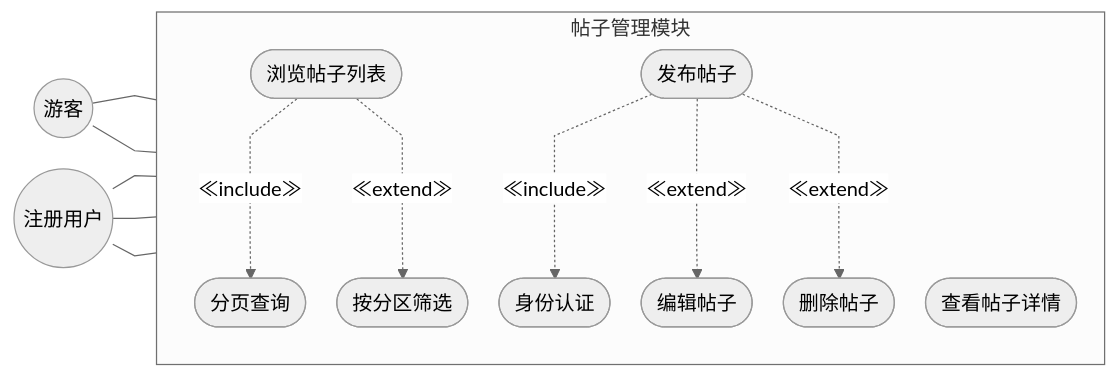
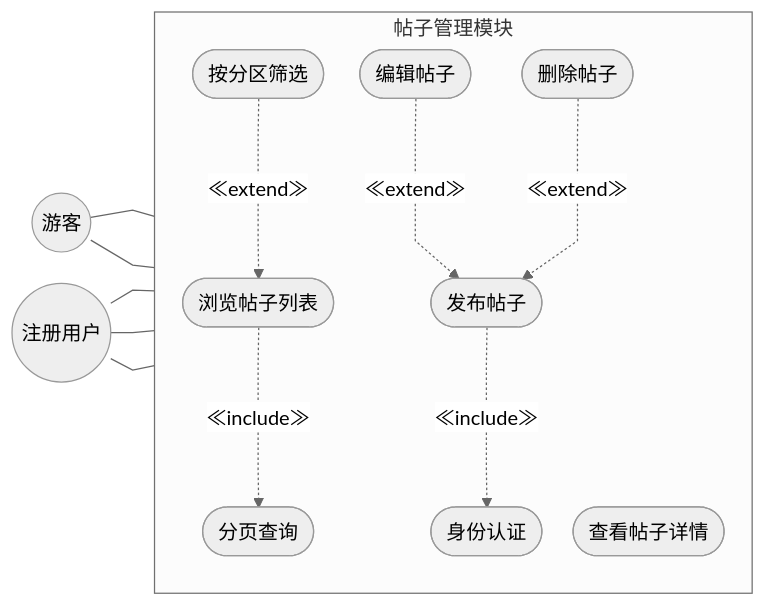
One commit to Wkjlovec/graduation_project_zhuang changed the diagram in docs/diagrams/fig3-3-post-usecase.mmd. Above: the diagram before and after it, drawn with Mermaid. The commit also changed 11 other files, not shown here.

Commit message:
docs: 修正全部用例图extend箭头方向(从扩展用例指向基用例)

```diff
--- a/docs/diagrams/fig3-3-post-usecase.mmd
+++ b/docs/diagrams/fig3-3-post-usecase.mmd
@@ -1,27 +1,27 @@
 %%{init: {'theme': 'neutral', 'flowchart': {'curve': 'linear', 'rankSpacing': 35, 'nodeSpacing': 25}}}%%
 graph LR
     Guest((游客))
     User((注册用户))
 
     subgraph 帖子管理模块
         direction TB
         UC1([浏览帖子列表])
         UC2([分页查询])
         UC3([按分区筛选])
         UC4([查看帖子详情])
         UC5([发布帖子])
         UC6([身份认证])
         UC7([编辑帖子])
         UC8([删除帖子])
     end
 
     Guest --- UC1
     Guest --- UC4
     User --- UC1
     User --- UC4
     User --- UC5
     UC1 -..->|"≪include≫"| UC2
-    UC1 -..->|"≪extend≫"| UC3
+    UC3 -..->|"≪extend≫"| UC1
     UC5 -..->|"≪include≫"| UC6
-    UC5 -..->|"≪extend≫"| UC7
-    UC5 -..->|"≪extend≫"| UC8
+    UC7 -..->|"≪extend≫"| UC5
+    UC8 -..->|"≪extend≫"| UC5
```
